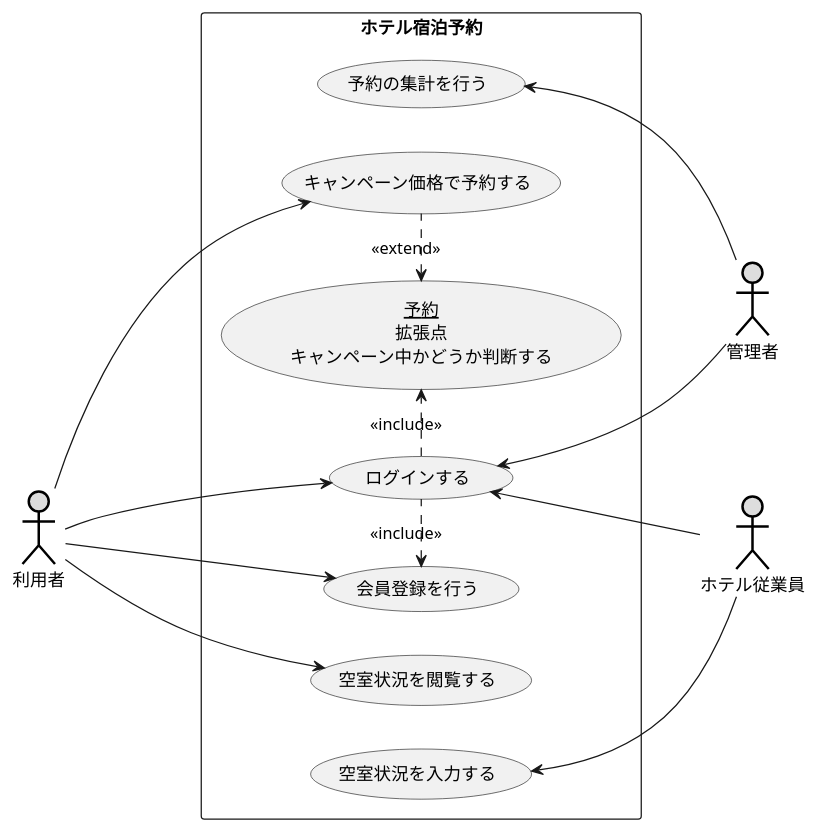
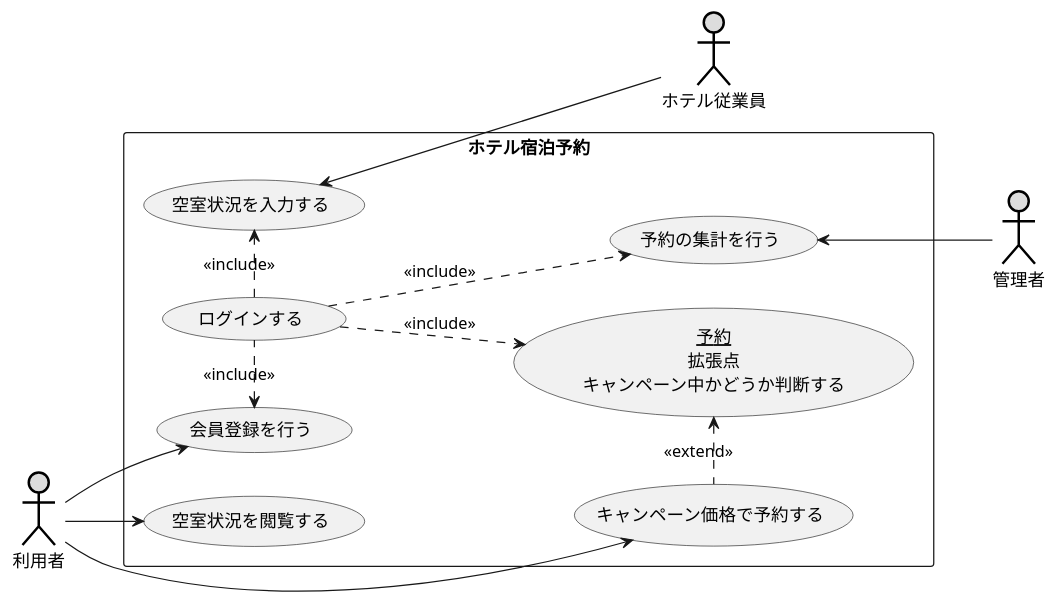
The diagram in 演習2-8_UC_ホテル予約システム.pu (kazuki220/uml-introduction), drawn with PlantUML before and after one commit.

Commit message:
演習2-8の修正

```diff
--- a/演習2-8_UC_ホテル予約システム.pu
+++ b/演習2-8_UC_ホテル予約システム.pu
@@ -1,26 +1,25 @@
 @startuml ユースケース図
 left to right direction
 actor 利用者 #DDDDDD;line:black;line.bold;
 actor ホテル従業員 #DDDDDD;line:black;line.bold;
 actor 管理者 #DDDDDD;line:black;line.bold;
 rectangle ホテル宿泊予約 {
 usecase 空室状況を閲覧する   
 usecase 空室状況を入力する
 usecase 予約の集計を行う
 usecase ログインする
 usecase 会員登録を行う
 usecase (<u>予約</u>\n拡張点\nキャンペーン中かどうか判断する) as input
 usecase キャンペーン価格で予約する
 }
+input <. (キャンペーン価格で予約する) : <<extend>>
 利用者 ---> キャンペーン価格で予約する
-利用者 --> ログインする
 利用者 --> 会員登録を行う
 利用者 --> 空室状況を閲覧する
-ログインする <-- ホテル従業員
+ログインする ..> 予約の集計を行う : << include >>
+ログインする ..> input : << include >>
+会員登録を行う <. ログインする : << include >>
+予約の集計を行う <-- 管理者
 空室状況を入力する <-- ホテル従業員
-ログインする <-- 管理者
-予約の集計を行う <-right- 管理者
-input <. (キャンペーン価格で予約する) : <<extend>>
-ログインする .> input : << include >>
-会員登録を行う <. ログインする : << include >>
+ログインする .right.> 空室状況を入力する : << include >>
 @enduml
```
